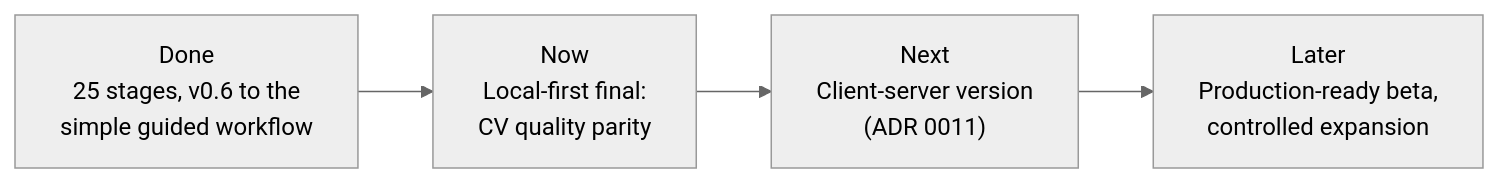
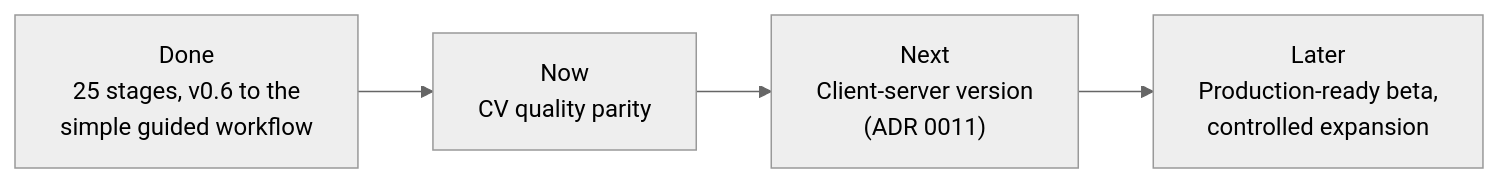
The diagram in docs/roadmap.md (akoita/draft-loop), drawn with Mermaid (neutral theme) before and after one commit. The commit also changed other lines of this file, not shown here.

First line of the commit message:
docs(roadmap): rename the current stage to CV quality parity

````diff
--- a/docs/roadmap.md
+++ b/docs/roadmap.md
@@ -272,6 +272,6 @@
 ```mermaid
 flowchart LR
-  done["Done<br/>25 stages, v0.6 to the<br/>simple guided workflow"] --> now["Now<br/>Local-first final:<br/>CV quality parity"]
+  done["Done<br/>25 stages, v0.6 to the<br/>simple guided workflow"] --> now["Now<br/>CV quality parity"]
   now --> next["Next<br/>Client-server version<br/>(ADR 0011)"]
   next --> later["Later<br/>Production-ready beta,<br/>controlled expansion"]
 ```
````
